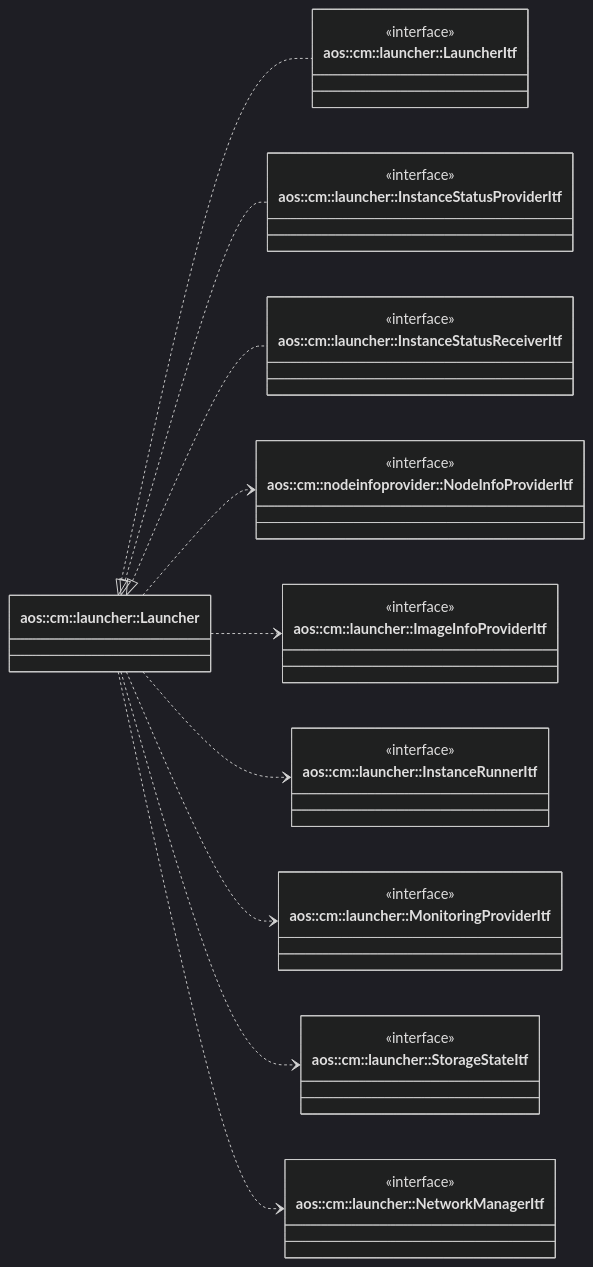
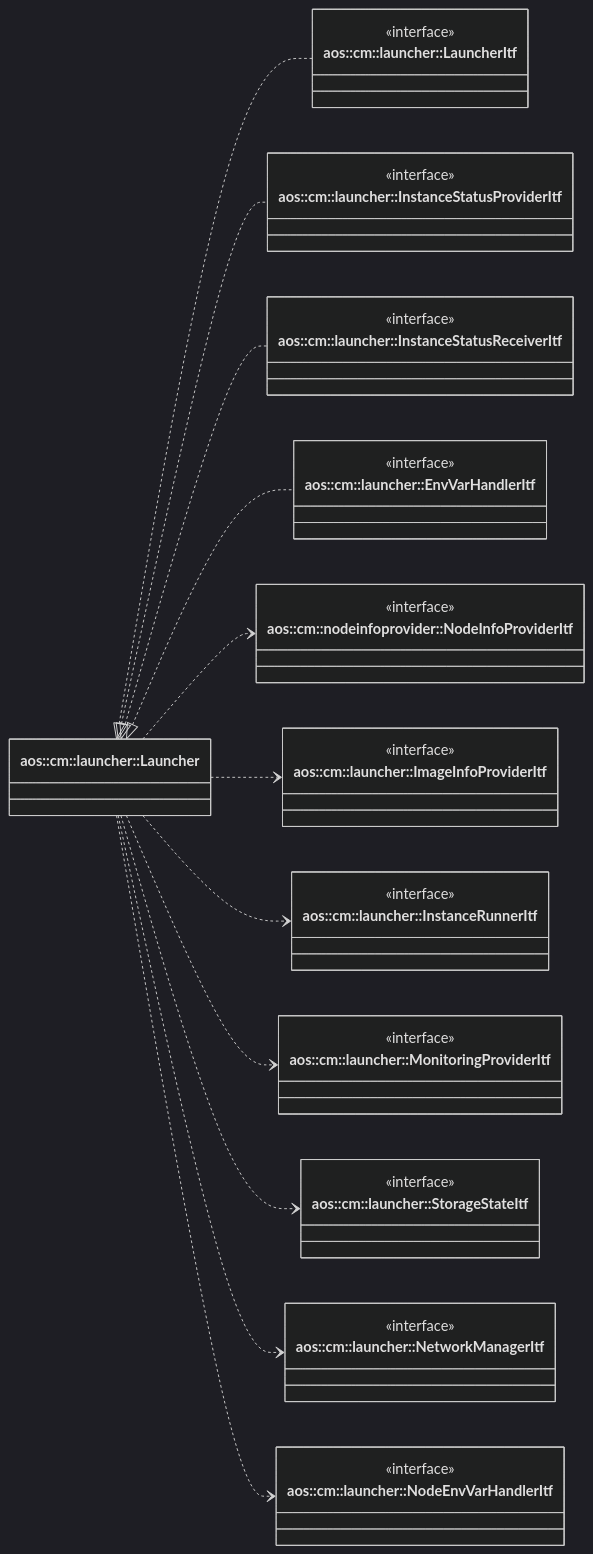
The first of 4 diagrams in src/core/cm/launcher/launcher.md (aosedge/aos_core_lib_cpp), drawn with Mermaid (dark theme) before and after one commit. The commit also changed other lines of this file and 5 other files, not shown here.

Commit message:
cm: launcher: add interfaces to handle env vars

````diff
--- a/src/core/cm/launcher/launcher.md
+++ b/src/core/cm/launcher/launcher.md
@@ -27,53 +29,63 @@
 ```mermaid
 classDiagram
     direction LR
 
     class Launcher["aos::cm::launcher::Launcher"] {
     }
 
     class LauncherItf["aos::cm::launcher::LauncherItf"] {
         <<interface>>
     }
 
     class InstanceStatusProviderItf["aos::cm::launcher::InstanceStatusProviderItf"] {
         <<interface>>
     }
 
     class InstanceStatusReceiverItf["aos::cm::launcher::InstanceStatusReceiverItf"] {
+        <<interface>>
+    }
+
+    class EnvVarHandlerItf["aos::cm::launcher::EnvVarHandlerItf"] {
         <<interface>>
     }
 
     class NodeInfoProviderItf["aos::cm::nodeinfoprovider::NodeInfoProviderItf"] {
         <<interface>>
     }
 
     class ImageInfoProviderItf ["aos::cm::launcher::ImageInfoProviderItf"] {
         <<interface>>
     }
 
     class InstanceRunnerItf ["aos::cm::launcher::InstanceRunnerItf"] {
         <<interface>>
     }
 
     class MonitoringProviderItf ["aos::cm::launcher::MonitoringProviderItf"] {
         <<interface>>
     }
 
     class NetworkManagerItf ["aos::cm::launcher::NetworkManagerItf"] {
         <<interface>>
     }
 
     class StorageStateItf ["aos::cm::launcher::StorageStateItf"] {
         <<interface>>
     }
 
+    class NodeEnvVarHandlerItf ["aos::cm::launcher::NodeEnvVarHandlerItf"] {
+        <<interface>>
+    }
+
     Launcher <|.. LauncherItf
     Launcher <|.. InstanceStatusProviderItf
     Launcher <|.. InstanceStatusReceiverItf
+    Launcher <|.. EnvVarHandlerItf
     Launcher ..> NodeInfoProviderItf
     Launcher ..> ImageInfoProviderItf
     Launcher ..> InstanceRunnerItf
     Launcher ..> MonitoringProviderItf
     Launcher ..> StorageStateItf
     Launcher ..> NetworkManagerItf
+    Launcher ..> NodeEnvVarHandlerItf
 ```
````
